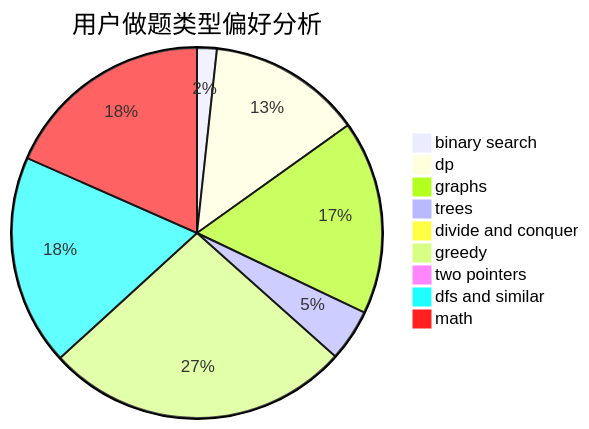
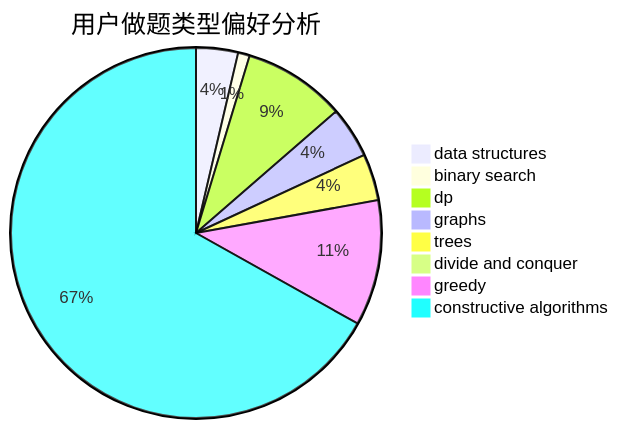
The second of 3 diagrams in docs/user/u1866.md (sherpahu/cfrs.github.io), drawn with Mermaid before and after one commit. The commit also changed other lines of this file and 2775 other files, not shown here.

````diff
--- a/docs/user/u1866.md
+++ b/docs/user/u1866.md
@@ -23,12 +23,11 @@
 ```mermaid
 pie title 用户做题类型偏好分析
-    "binary search" :  19
-    "dp" :  148
-    "graphs" :  187
-    "trees" :  50
+    "data structures" :  18
+    "binary search" :  5
+    "dp" :  44
+    "graphs" :  22
+    "trees" :  20
     "divide and conquer" :  1
-    "greedy" :  294
-    "two pointers" :  4
-    "dfs and similar" :  203
-    "math" :  203
+    "greedy" :  54
+    "constructive algorithms" :  329
 ```
````
